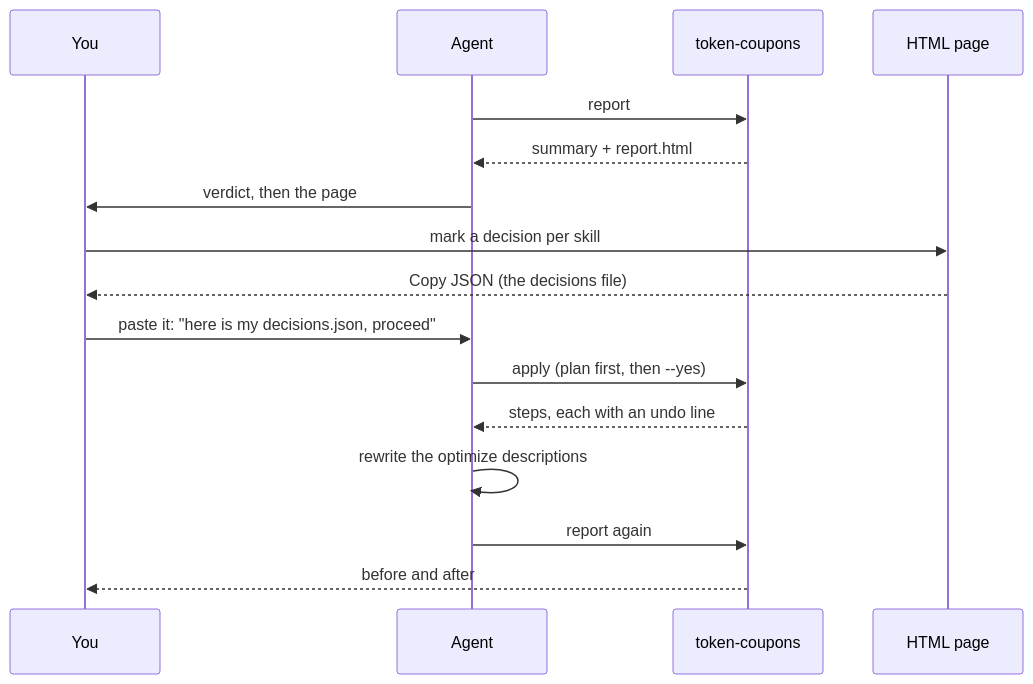
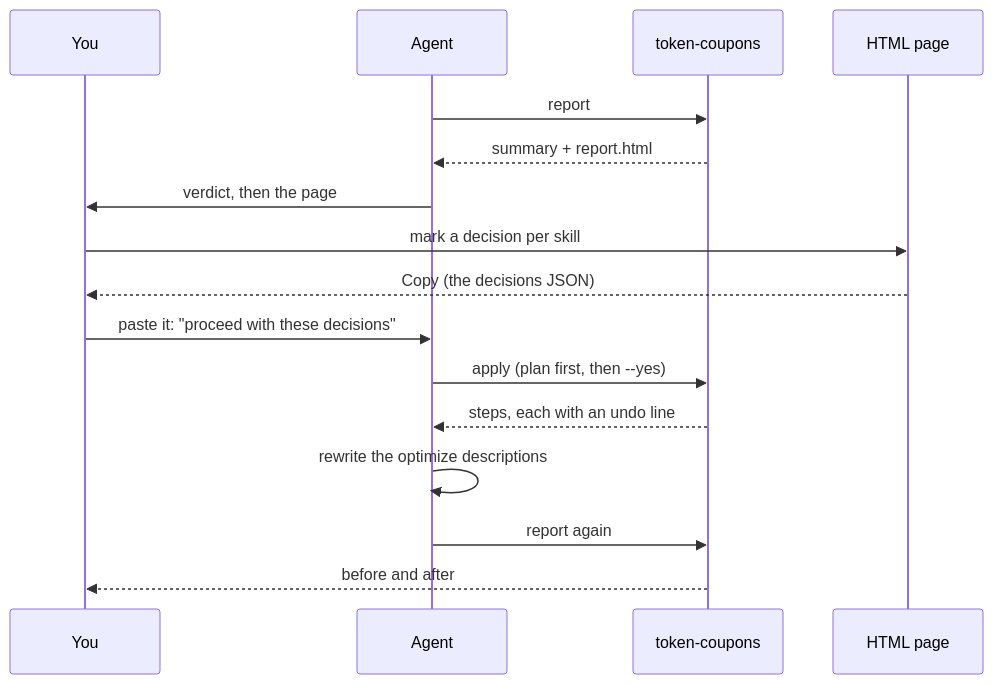
One commit to steve-piece/token-coupons changed the second of 2 diagrams in README.md. Above: the diagram before and after it, drawn with Mermaid. The commit also changed other lines of this file and 14 other files, not shown here.

First line of the commit message:
Page: copy-and-paste flow, quieter badges, detail rows, month figures

````diff
--- a/README.md
+++ b/README.md
@@ -110,18 +108,18 @@
 ```mermaid
 sequenceDiagram
   participant P as You
   participant A as Agent
   participant T as token-coupons
   participant H as HTML page
   A->>T: report
   T-->>A: summary + report.html
   A->>P: verdict, then the page
   P->>H: mark a decision per skill
-  H-->>P: Copy JSON (the decisions file)
-  P->>A: paste it: "here is my decisions.json, proceed"
+  H-->>P: Copy (the decisions JSON)
+  P->>A: paste it: "proceed with these decisions"
   A->>T: apply (plan first, then --yes)
   T-->>A: steps, each with an undo line
   A->>A: rewrite the optimize descriptions
   A->>T: report again
   T-->>P: before and after
 ```
````
